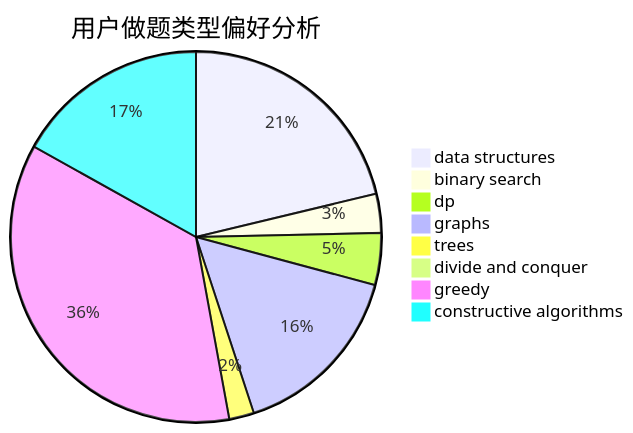
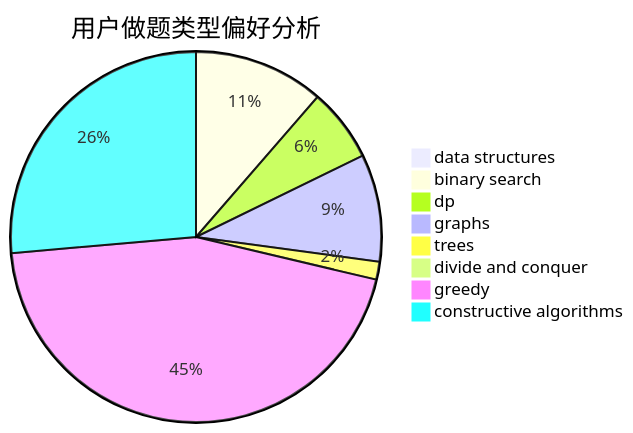
Before and after one commit to sherpahu/cfrs.github.io: the second of 3 diagrams in docs/user/u718.md, drawn with Mermaid. The commit also changed other lines of this file and 2770 other files, not shown here.

````diff
--- a/docs/user/u718.md
+++ b/docs/user/u718.md
@@ -23,11 +23,11 @@
 ```mermaid
 pie title 用户做题类型偏好分析
-    "data structures" :  225
-    "binary search" :  36
-    "dp" :  48
-    "graphs" :  167
-    "trees" :  23
+    "data structures" :  0
+    "binary search" :  153
+    "dp" :  86
+    "graphs" :  126
+    "trees" :  21
     "divide and conquer" :  0
-    "greedy" :  381
-    "constructive algorithms" :  179
+    "greedy" :  604
+    "constructive algorithms" :  355
 ```
````
